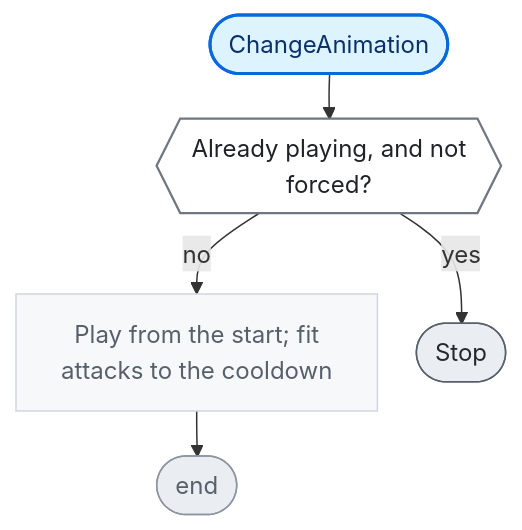
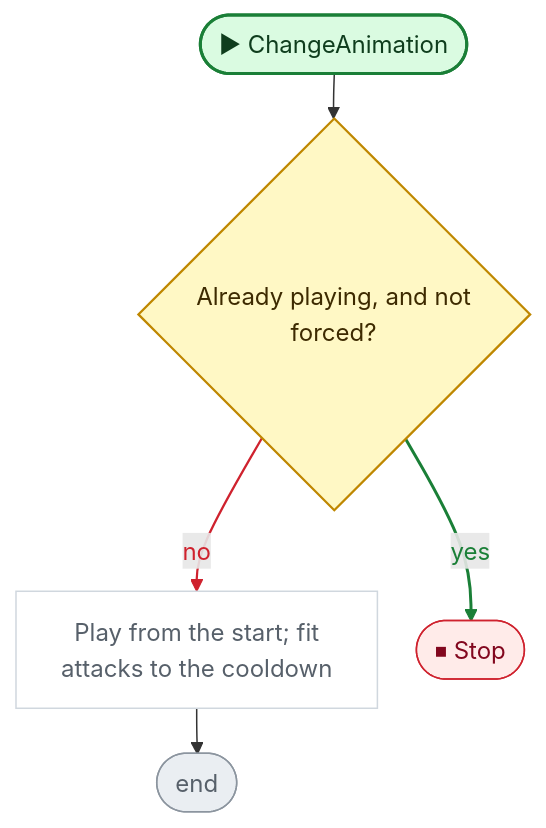
Before and after one commit to nataiai/Lord-of-the-Dungeon: diagram 13 of 15 in CodeGraph~/graph/Player.cs.md, drawn with Mermaid. The commit also changed other lines of this file and 44 other files, not shown here.

````diff
--- a/CodeGraph~/graph/Player.cs.md
+++ b/CodeGraph~/graph/Player.cs.md
@@ -661,34 +775,40 @@
 ```mermaid
 ---
 config:
   flowchart:
     wrappingWidth: 260
     nodeSpacing: 26
     rankSpacing: 30
 ---
 flowchart TD
-  nS(["ChangeAnimation"])
-  n43e2bd{{"Already playing, and not<br>forced?"}}
+  nS(["▶ ChangeAnimation"])
+  n43e2bd{"Already playing, and not<br>forced?"}
   ncc1dab["Play from the start; fit<br>attacks to the cooldown"]
   nE(["end"])
-  nb2e4fc(["Stop"])
+  nb2e4fc(["⏹ Stop"])
   nS --> n43e2bd
   n43e2bd -->|no| ncc1dab
   n43e2bd -->|yes| nb2e4fc
   ncc1dab --> nE
-  classDef unity fill:#fff1c2,stroke:#9a6700,stroke-width:2px,color:#3b2300
-  classDef start fill:#ddf4ff,stroke:#0969da,stroke-width:2px,color:#0a3069
-  classDef calc fill:#f6f8fa,stroke:#d0d7de,color:#57606a
-  classDef calls fill:#ffffff,stroke:#0969da,stroke-width:2.5px,color:#0a3069
-  classDef cond fill:#ffffff,stroke:#6e7781,stroke-width:1.5px,color:#1f2328
-  classDef loop fill:#fbefff,stroke:#8250df,color:#3e1f79
-  classDef exit fill:#eaeef2,stroke:#57606a,color:#24292f
-  classDef wait fill:#fff8f0,stroke:#bc4c00,color:#4d1d00
+  linkStyle 1 stroke:#cf222e,stroke-width:1.5px,color:#cf222e
+  linkStyle 2 stroke:#1a7f37,stroke-width:2px,color:#1a7f37
+  classDef unity fill:#dafbe1,stroke:#1a7f37,stroke-width:2px,color:#0f3d1d
+  classDef start fill:#dafbe1,stroke:#1a7f37,stroke-width:2px,color:#0f3d1d
+  classDef calc fill:#ffffff,stroke:#d0d7de,color:#57606a
+  classDef calls fill:#ddf4ff,stroke:#0969da,stroke-width:2px,color:#0a3069
+  classDef ext fill:#ddf4ff,stroke:#0969da,stroke-width:2px,stroke-dasharray:5 3,color:#0a3069
+  classDef cond fill:#fff8c5,stroke:#bf8700,stroke-width:1.5px,color:#3d2a00
+  classDef loop fill:#f6f8fa,stroke:#57606a,color:#1f2328
+  classDef exit fill:#ffebe9,stroke:#cf222e,color:#82071e
+  classDef kill fill:#ffebe9,stroke:#cf222e,stroke-width:2px,color:#82071e
+  classDef spawn fill:#dafbe1,stroke:#1a7f37,stroke-width:2px,color:#0f3d1d
+  classDef wait fill:#fff1e5,stroke:#bc4c00,color:#4d1d00
   classDef fin fill:#eaeef2,stroke:#8c959f,color:#57606a
   classDef join fill:#d0d7de,stroke:#8c959f,color:#57606a
+  classDef ghdr fill:#f5f9ff,stroke:#f5f9ff,color:#0a3069,font-weight:bold
   class ncc1dab calc
   class n43e2bd cond
   class nb2e4fc exit
   class nE fin
   class nS start
 ```
````
